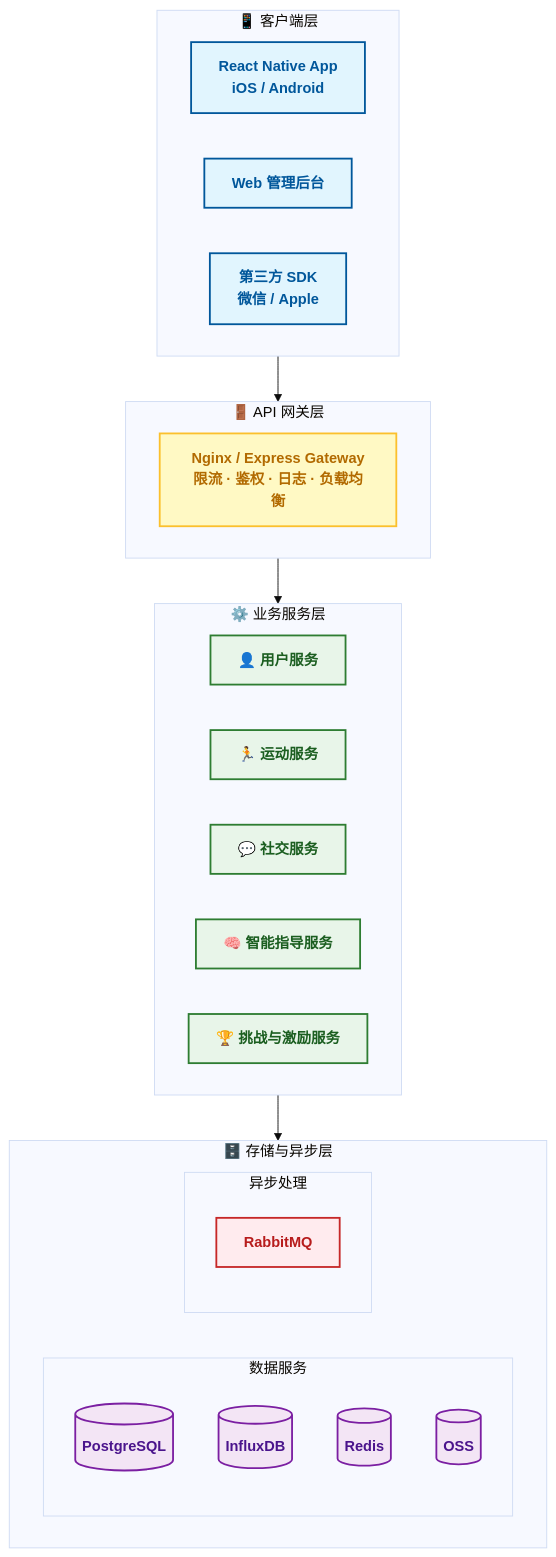
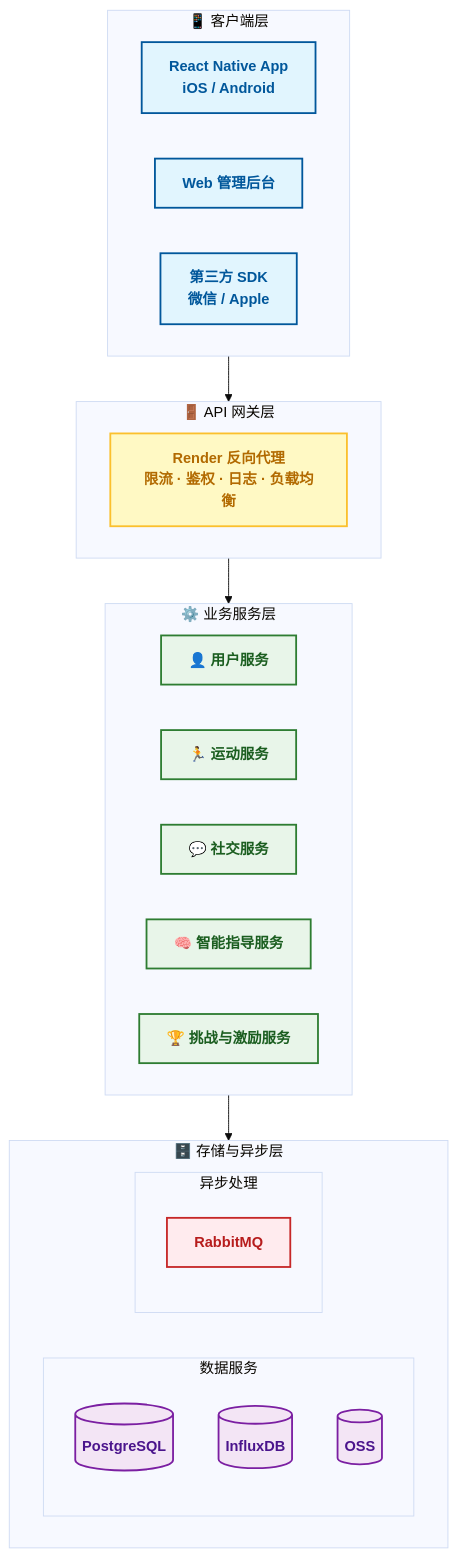
The diagram in docs/architecture.md (XXXXorganization/MoveUp), drawn with Mermaid (base theme) before and after one commit. The commit also changed other lines of this file and 5 other files, not shown here.

````diff
--- a/docs/architecture.md
+++ b/docs/architecture.md
@@ -13,54 +13,53 @@
 ```mermaid
 flowchart TB
     %% 样式类定义
     classDef client fill:#e1f5fe,stroke:#01579b,stroke-width:2px,color:#01579b,font-weight:bold;
     classDef gateway fill:#fff9c4,stroke:#fbc02d,stroke-width:2px,color:#b26a00,font-weight:bold;
     classDef service fill:#e8f5e9,stroke:#2e7d32,stroke-width:2px,color:#1b5e20,font-weight:bold;
     classDef data fill:#f3e5f5,stroke:#7b1fa2,stroke-width:2px,color:#4a148c,font-weight:bold;
     classDef async fill:#ffebee,stroke:#c62828,stroke-width:2px,color:#b71c1c,font-weight:bold;
 
     subgraph Client["📱 客户端层"]
         direction LR
         A1["React Native App<br/>iOS / Android"]
         A2["Web 管理后台"]
         A3["第三方 SDK<br/>微信 / Apple"]
     end
 
     subgraph Gateway["🚪 API 网关层"]
         direction LR
-        B["Nginx / Express Gateway<br/>限流 · 鉴权 · 日志 · 负载均衡"]
+        B["Render 反向代理<br/>限流 · 鉴权 · 日志 · 负载均衡"]
     end
 
     subgraph Service["⚙️ 业务服务层"]
         direction LR
         C1["👤 用户服务"]
         C2["🏃 运动服务"]
         C3["💬 社交服务"]
         C4["🧠 智能指导服务"]
         C5["🏆 挑战与激励服务"]
     end
 
     subgraph StorageLayer["🗄️ 存储与异步层"]
         direction LR
         subgraph Data["数据服务"]
             direction TB
             D1[("PostgreSQL")]
             D2[("InfluxDB")]
-            D3[("Redis")]
-            D4[("OSS")]
+            D3[("OSS")]
         end
         subgraph Async["异步处理"]
             direction TB
             E["RabbitMQ"]
         end
     end
 
     Client --> Gateway --> Service
     Service --> StorageLayer
 
     class A1,A2,A3 client;
     class B gateway;
     class C1,C2,C3,C4,C5 service;
     class D1,D2,D3,D4 data;
     class E async;
 ```
````
